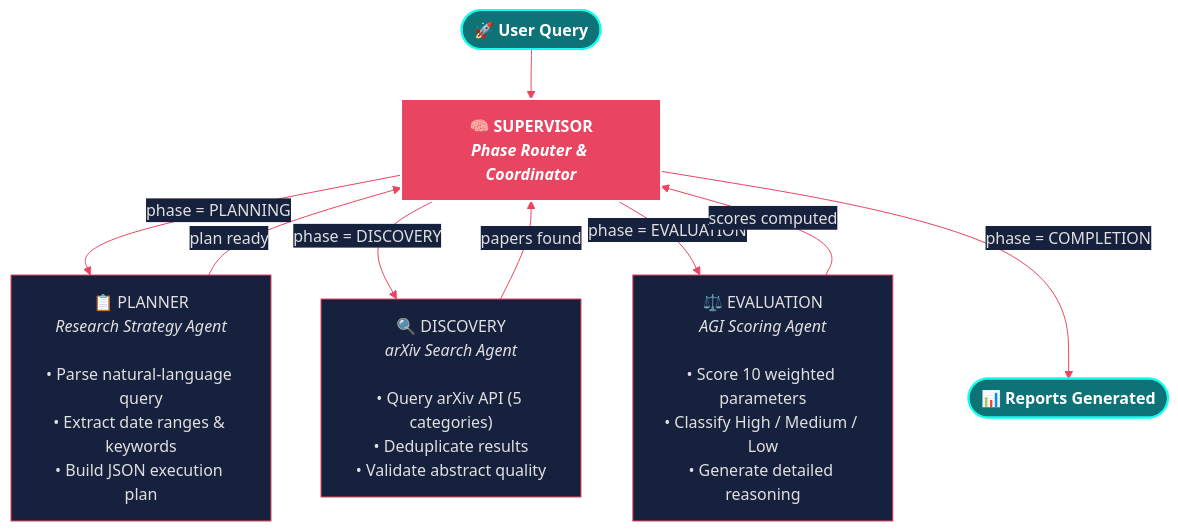
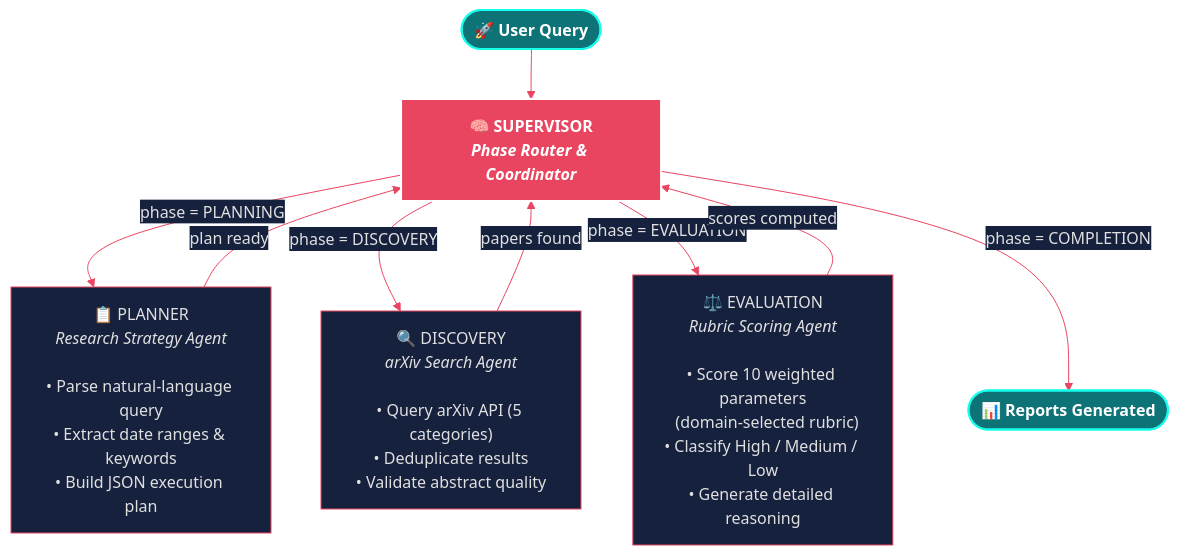
The first of 2 diagrams in README.md (alanvaa06/Agentic_arXiv_creator), drawn with Mermaid before and after one commit. The commit also changed other lines of this file and 6 other files, not shown here.

````diff
--- a/README.md
+++ b/README.md
@@ -43,32 +43,32 @@
 ```mermaid
 %%{init: {'theme': 'base', 'themeVariables': {'primaryColor': '#1a1a2e', 'primaryTextColor': '#e0e0e0', 'primaryBorderColor': '#e94560', 'lineColor': '#e94560', 'secondaryColor': '#16213e', 'tertiaryColor': '#0f3460', 'fontFamily': 'JetBrains Mono, monospace'}}}%%
 
 graph TD
     START(["🚀 User Query"]):::startNode
 
     SUPER["🧠 SUPERVISOR<br/><i>Phase Router & Coordinator</i>"]:::supervisor
 
     PLAN["📋 PLANNER<br/><i>Research Strategy Agent</i><br/><br/>• Parse natural-language query<br/>• Extract date ranges & keywords<br/>• Build JSON execution plan"]:::planNode
 
     DISC["🔍 DISCOVERY<br/><i>arXiv Search Agent</i><br/><br/>• Query arXiv API (5 categories)<br/>• Deduplicate results<br/>• Validate abstract quality"]:::discNode
 
-    EVAL["⚖️ EVALUATION<br/><i>AGI Scoring Agent</i><br/><br/>• Score 10 weighted parameters<br/>• Classify High / Medium / Low<br/>• Generate detailed reasoning"]:::evalNode
+    EVAL["⚖️ EVALUATION<br/><i>Rubric Scoring Agent</i><br/><br/>• Score 10 weighted parameters<br/>  (domain-selected rubric)<br/>• Classify High / Medium / Low<br/>• Generate detailed reasoning"]:::evalNode
 
     REPORT(["📊 Reports Generated"]):::endNode
 
     START --> SUPER
     SUPER -->|"phase = PLANNING"| PLAN
     PLAN -->|"plan ready"| SUPER
     SUPER -->|"phase = DISCOVERY"| DISC
     DISC -->|"papers found"| SUPER
     SUPER -->|"phase = EVALUATION"| EVAL
     EVAL -->|"scores computed"| SUPER
     SUPER -->|"phase = COMPLETION"| REPORT
 
     classDef startNode fill:#0d7377,stroke:#14ffec,stroke-width:2px,color:#fff,font-weight:bold
     classDef endNode fill:#0d7377,stroke:#14ffec,stroke-width:2px,color:#fff,font-weight:bold
     classDef supervisor fill:#e94560,stroke:#fff,stroke-width:2px,color:#fff,font-weight:bold
     classDef planNode fill:#16213e,stroke:#e94560,stroke-width:1px,color:#e0e0e0
     classDef discNode fill:#16213e,stroke:#e94560,stroke-width:1px,color:#e0e0e0
     classDef evalNode fill:#16213e,stroke:#e94560,stroke-width:1px,color:#e0e0e0
 ```
````
